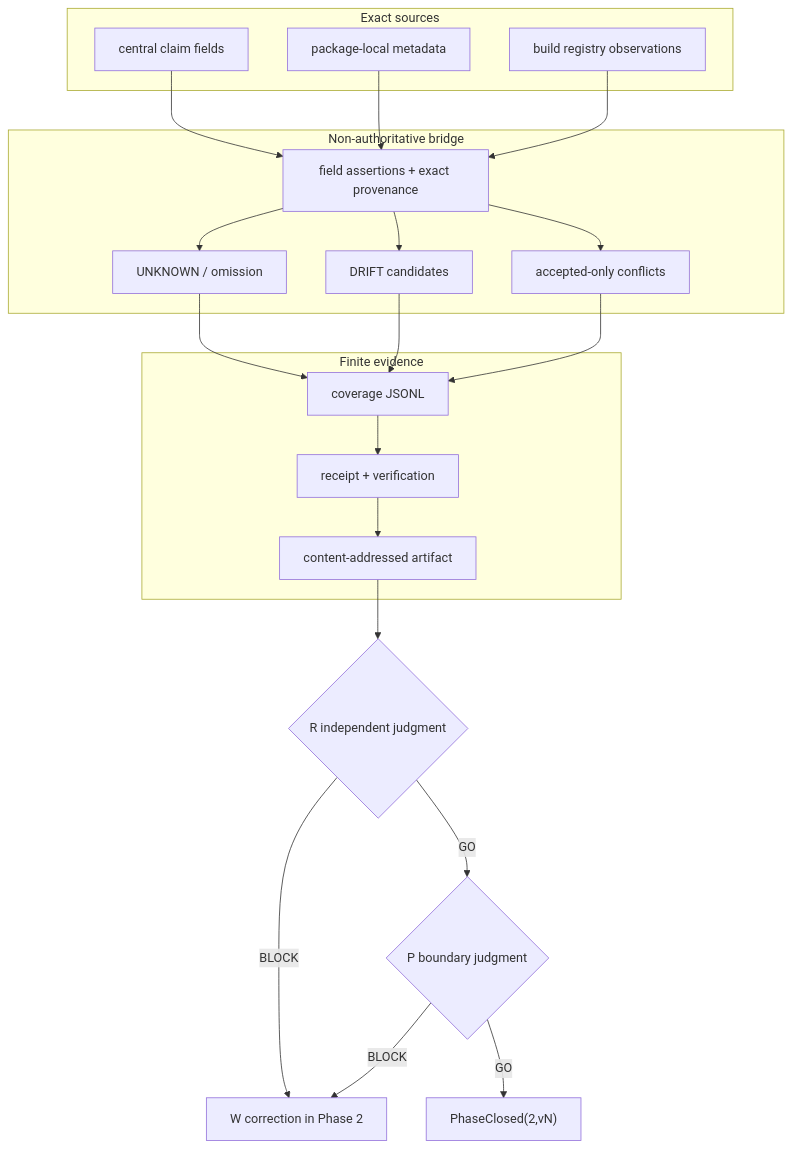
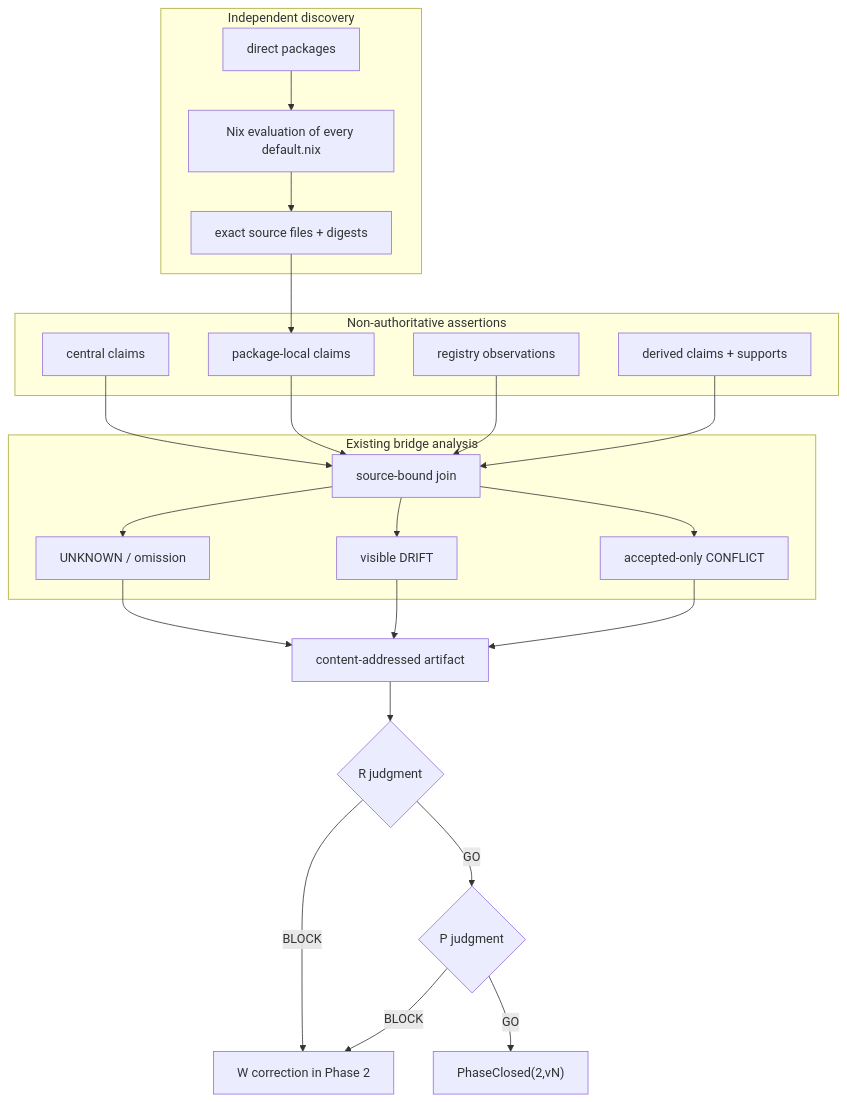
Before and after one commit to roccho-org/ops: the diagram in packages/ops-package-contract-bridge/PHASE2.md, drawn with Mermaid. The commit also changed other lines of this file, not shown here.

Commit message:
docs(contract): describe Phase 2 source universe closure

````diff
--- a/packages/ops-package-contract-bridge/PHASE2.md
+++ b/packages/ops-package-contract-bridge/PHASE2.md
@@ -165,38 +185,41 @@
 ```mermaid
 flowchart TB
-  subgraph SOURCE["Exact sources"]
-    C["central claim fields"]
-    L["package-local metadata"]
-    G["build registry observations"]
+  subgraph DISCOVERY["Independent discovery"]
+    D["direct packages"]
+    N["Nix evaluation of every default.nix"]
+    S["exact source files + digests"]
+    D --> N --> S
   end
 
-  subgraph BRIDGE["Non-authoritative bridge"]
-    B["field assertions + exact provenance"]
-    U["UNKNOWN / omission"]
-    D["DRIFT candidates"]
-    X["accepted-only conflicts"]
+  subgraph CLAIMS["Non-authoritative assertions"]
+    C["central claims"]
+    L["package-local claims"]
+    G["registry observations"]
+    R["derived claims + supports"]
   end
 
-  subgraph EVIDENCE["Finite evidence"]
-    V["coverage JSONL"]
-    R["receipt + verification"]
-    A["content-addressed artifact"]
+  subgraph CHECK["Existing bridge analysis"]
+    J["source-bound join"]
+    U["UNKNOWN / omission"]
+    F["visible DRIFT"]
+    X["accepted-only CONFLICT"]
   end
 
-  C --> B
-  L --> B
-  G --> B
-  B --> U
-  B --> D
-  B --> X
-  U --> V
-  D --> V
-  X --> V
-  V --> R --> A
+  S --> L
+  C --> J
+  L --> J
+  G --> J
+  R --> J
+  J --> U
+  J --> F
+  J --> X
 
-  A --> JR{"R independent judgment"}
+  U --> A["content-addressed artifact"]
+  F --> A
+  X --> A
+  A --> JR{"R judgment"}
   JR -->|BLOCK| W["W correction in Phase 2"]
-  JR -->|GO| JP{"P boundary judgment"}
+  JR -->|GO| JP{"P judgment"}
   JP -->|BLOCK| W
   JP -->|GO| CLOSED["PhaseClosed(2,vN)"]
 ```
````
